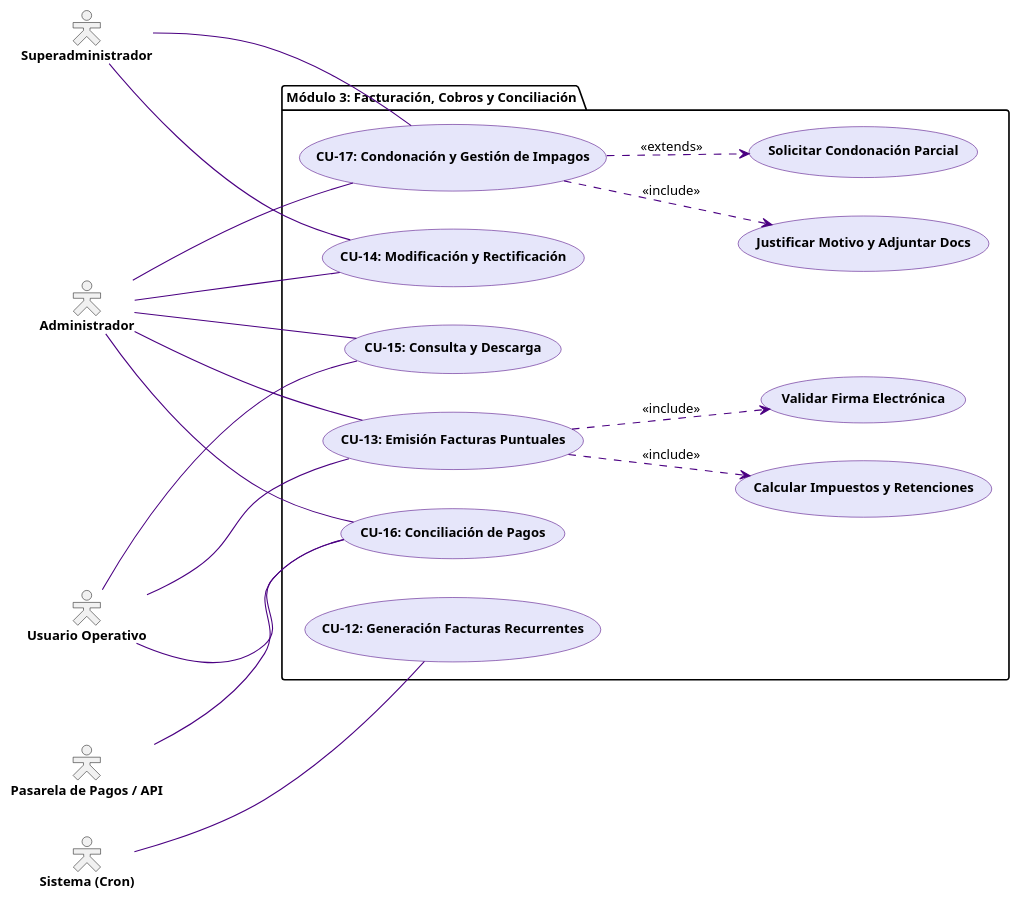
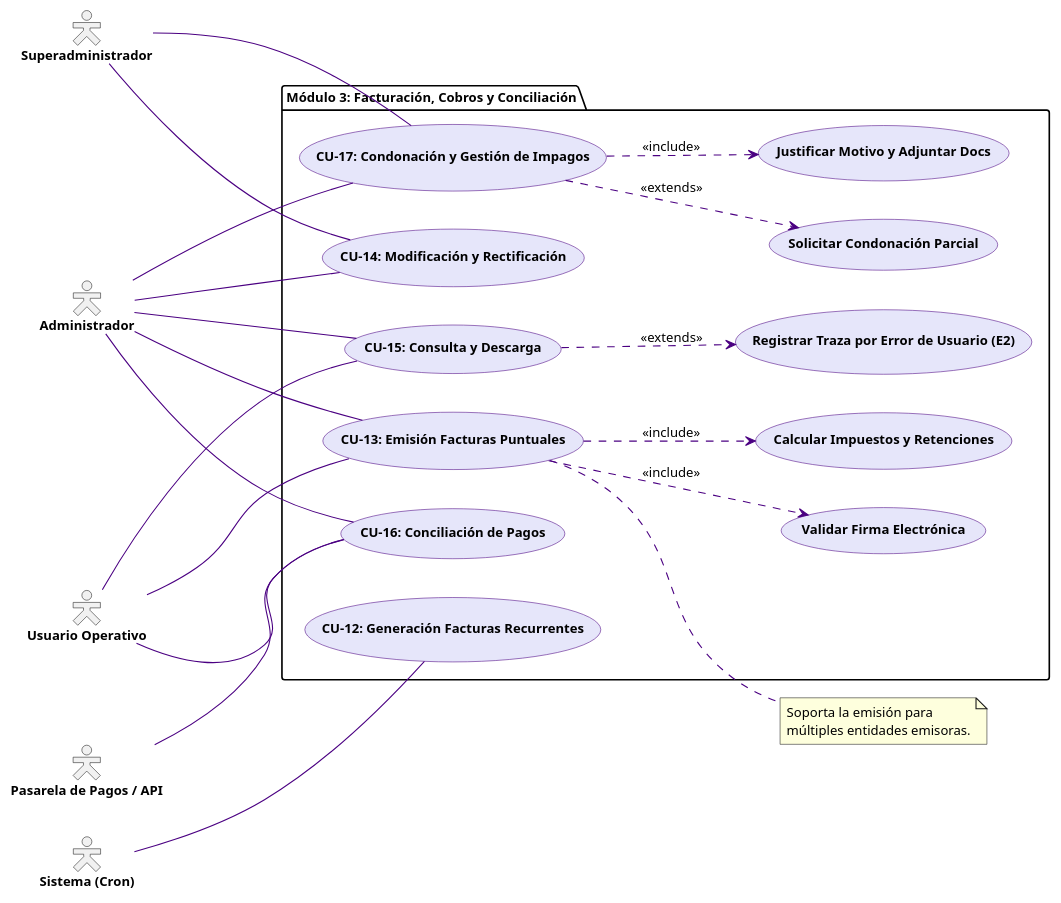
The diagram in doc/src/diagramas-uml/Modulo3DCC.pu (itsGuty/gatitos), drawn with PlantUML before and after one commit. The commit also changed 4 other files, not shown here.

First line of the commit message:
UpdatedDiagramsCode

```diff
--- a/doc/src/diagramas-uml/Modulo3DCC.pu
+++ b/doc/src/diagramas-uml/Modulo3DCC.pu
@@ -1,59 +1,66 @@
 @startuml
 skinparam actorStyle hollow
 skinparam defaultFontColor black
 skinparam defaultFontSize 12
 
 skinparam usecase {
   BackgroundColor #E6E6FA
   BorderColor #4B0082
   ArrowColor #4B0082
   FontColor black
   FontStyle bold
 }
 
 skinparam actor {
   FontColor black
   FontStyle bold
 }
 
 left to right direction
 
 actor "Administrador" as Admin
 actor "Superadministrador" as SuperAdmin
 actor "Usuario Operativo" as OpUser
 actor "Sistema (Cron)" as CronSystem
 actor "Pasarela de Pagos / API" as PaymentAPI
 
 package "Módulo 3: Facturación, Cobros y Conciliación" {
   usecase "CU-12: Generación Facturas Recurrentes" as CU12
   usecase "CU-13: Emisión Facturas Puntuales" as CU13
   usecase "CU-14: Modificación y Rectificación" as CU14
   usecase "CU-15: Consulta y Descarga" as CU15
   usecase "CU-16: Conciliación de Pagos" as CU16
   usecase "CU-17: Condonación y Gestión de Impagos" as CU17
   
   usecase "Calcular Impuestos y Retenciones" as CalcTax
   usecase "Validar Firma Electrónica" as SignInvoice
   usecase "Justificar Motivo y Adjuntar Docs" as AttachDocs
   usecase "Solicitar Condonación Parcial" as PartialCondone
+  usecase "Registrar Traza por Error de Usuario (E2)" as AuditUserError
 }
 
 CronSystem --- CU12
 Admin --- CU13
 Admin --- CU14
 Admin --- CU15
 Admin --- CU16
 Admin --- CU17
 SuperAdmin --- CU14
 SuperAdmin --- CU17
 OpUser --- CU13
 OpUser --- CU15
 OpUser --- CU16
 PaymentAPI --- CU16
 
 CU13 ..> CalcTax : <<include>>
 CU13 ..> SignInvoice : <<include>>
 CU17 ..> AttachDocs : <<include>>
 CU17 ..> PartialCondone : <<extends>>
+CU15 ..> AuditUserError : <<extends>>
+
+note right of CU13
+  Soporta la emisión para
+  múltiples entidades emisoras.
+end note
 
 @enduml
```
